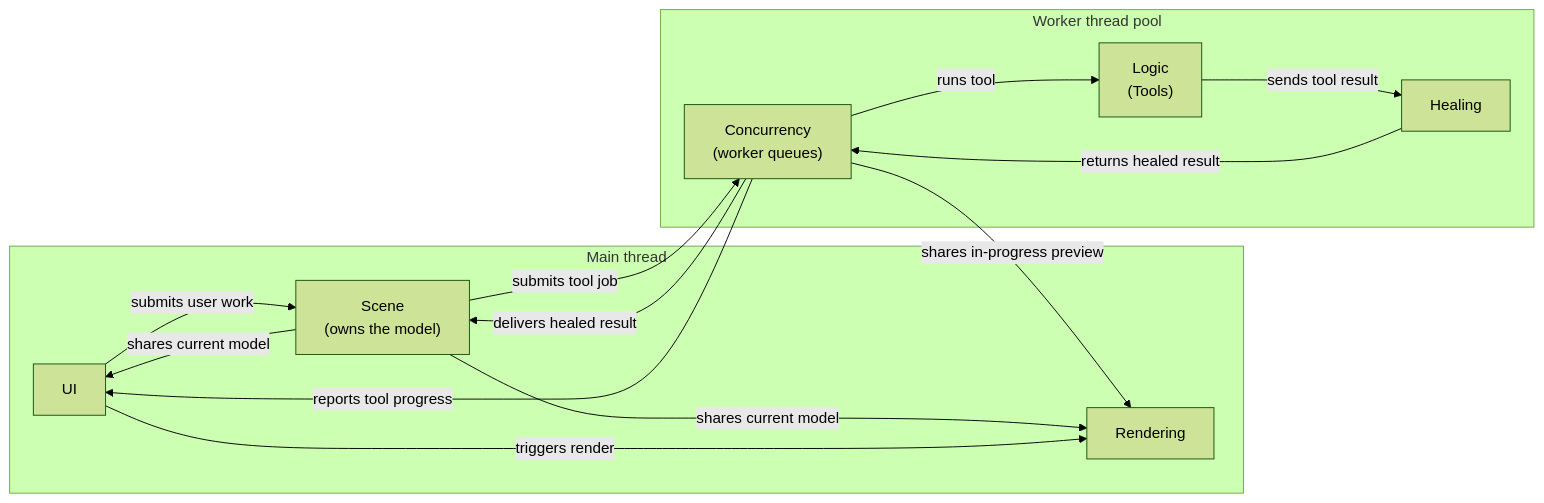
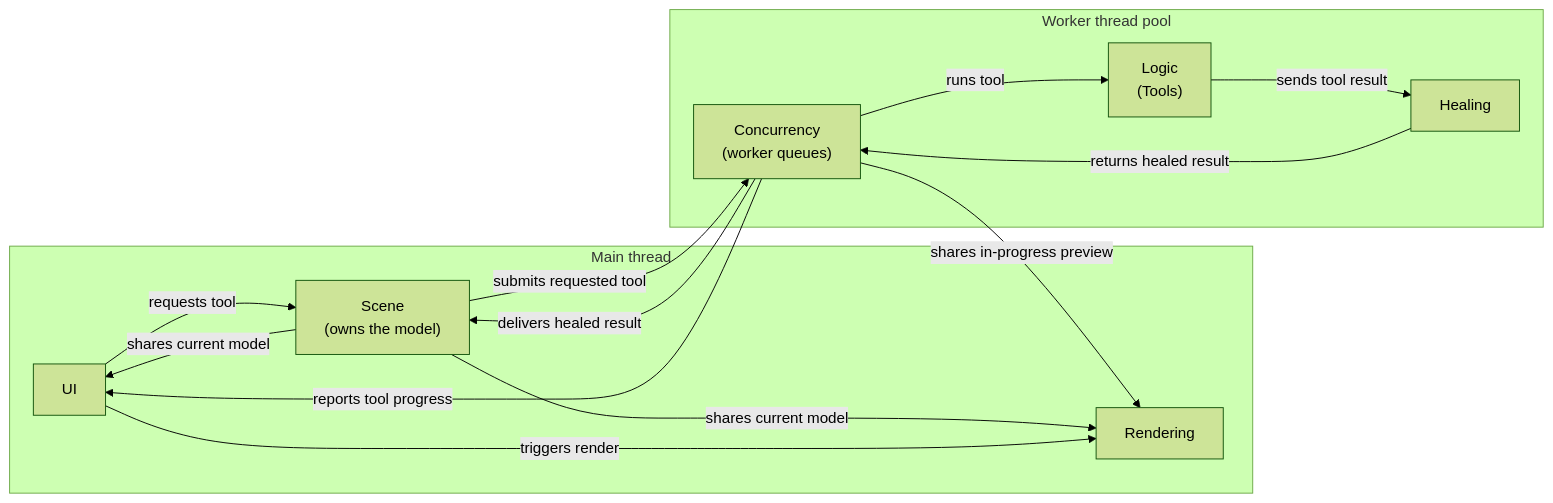
Before and after one commit to NikolaiIFedorov/3d-print-analyser: the first of 6 diagrams in docs/architecture.md, drawn with Mermaid (forest theme).

Commit message:
User input clarification

````diff
--- a/docs/architecture.md
+++ b/docs/architecture.md
@@ -54,25 +54,25 @@
 ```mermaid
 flowchart LR
     subgraph Main["Main thread"]
     UI["UI"]
     Scene["Scene<br/>(owns the model)"]
     Rendering["Rendering"]
     end
     subgraph Worker["Worker thread pool"]
     Concurrency["Concurrency<br/>(worker queues)"]
     Logic["Logic<br/>(Tools)"]
     Healing["Healing"]
     end
 
-    UI -- "submits user work" --> Scene
-    Scene -- "submits tool job" --> Concurrency
+    UI -- "requests tool" --> Scene
+    Scene -- "submits requested tool" --> Concurrency
     Concurrency -- "runs tool" --> Logic
     Logic -- "sends tool result" --> Healing
     Healing -- "returns healed result" --> Concurrency
     Concurrency -- "delivers healed result" --> Scene
     Concurrency -- "reports tool progress" --> UI
     Concurrency -- "shares in-progress preview" --> Rendering
     Scene -- "shares current model" --> Rendering
     Scene -- "shares current model" --> UI
     UI -- "triggers render" --> Rendering
 ```
````
